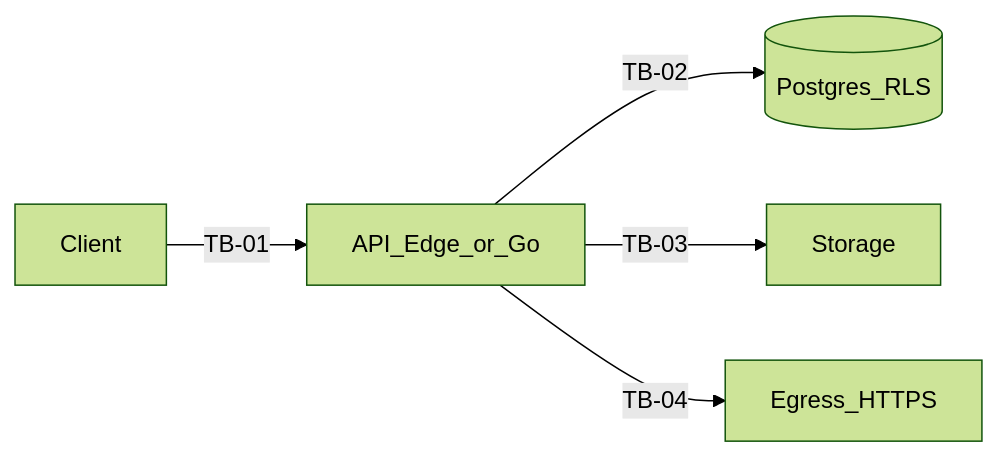
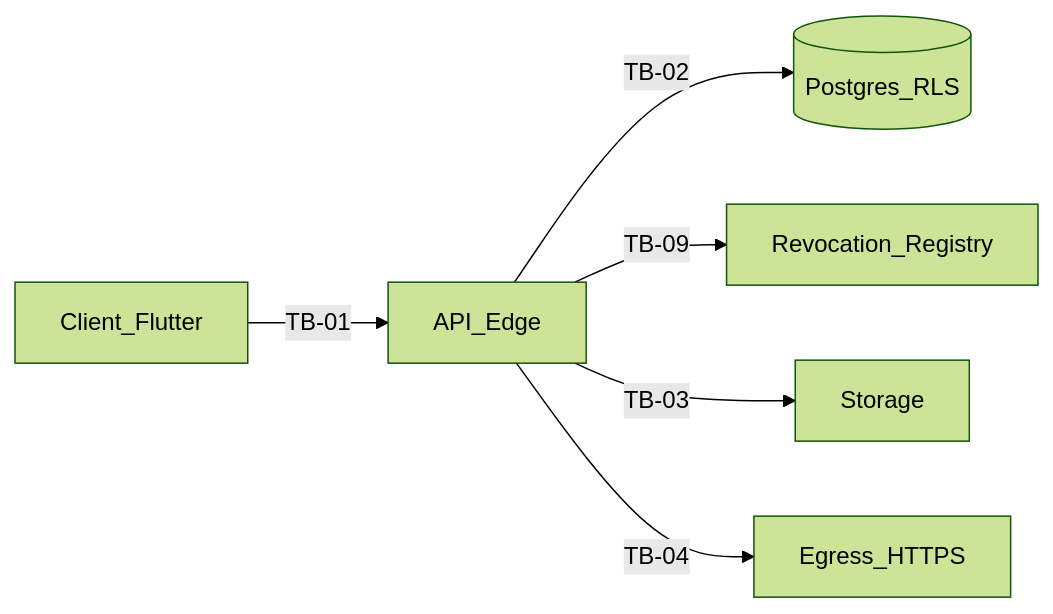
The diagram in docs/governance/proposals/phase11_threat_model.md (Batista94/VeraProb), drawn with Mermaid (forest theme) before and after one commit. The commit also changed other lines of this file and 8 other files, not shown here.

````diff
--- a/docs/governance/proposals/phase11_threat_model.md
+++ b/docs/governance/proposals/phase11_threat_model.md
@@ -65,12 +68,14 @@
 ```mermaid
 flowchart LR
-  client[Client]
-  api[API_Edge_or_Go]
+  client[Client_Flutter]
+  api[API_Edge]
   db[(Postgres_RLS)]
+  rev[Revocation_Registry]
   store[Storage]
   egress[Egress_HTTPS]
   client -->|TB-01| api
   api -->|TB-02| db
+  api -->|TB-09| rev
   api -->|TB-03| store
   api -->|TB-04| egress
 ```
````
